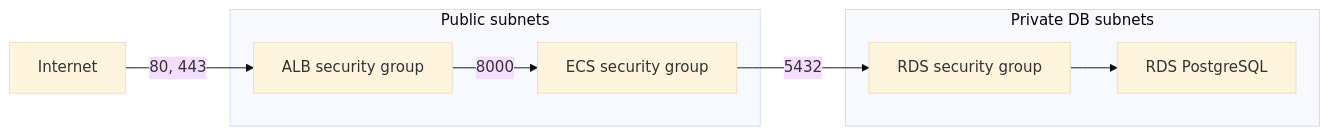
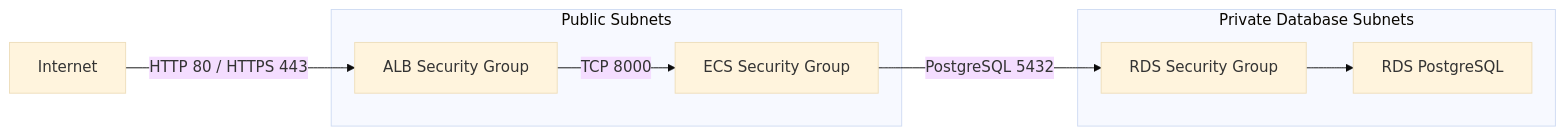
Before and after one commit to ridhampansara27/aws-ecs-terraform-task-manager: the second of 3 diagrams in README.md, drawn with Mermaid (base theme). The commit also changed other lines of this file and 1 other file, not shown here.

````diff
--- a/README.md
+++ b/README.md
@@ -126,17 +142,17 @@
 ```mermaid
 flowchart LR
-    internet["Internet"] -->|80, 443| albsg["ALB security group"]
-    albsg -->|8000| ecssg["ECS security group"]
-    ecssg -->|5432| rdssg["RDS security group"]
-    rdssg --> rds["RDS PostgreSQL"]
+    internet["Internet"] -->|HTTP 80 / HTTPS 443| albsg["ALB Security Group"]
+    albsg -->|TCP 8000| ecssg["ECS Security Group"]
+    ecssg -->|PostgreSQL 5432| rdssg["RDS Security Group"]
+    rdssg --> database["RDS PostgreSQL"]
 
-    subgraph public["Public subnets"]
+    subgraph public["Public Subnets"]
         albsg
         ecssg
     end
 
-    subgraph private["Private DB subnets"]
+    subgraph private["Private Database Subnets"]
         rdssg
-        rds
+        database
     end
 ```
````
